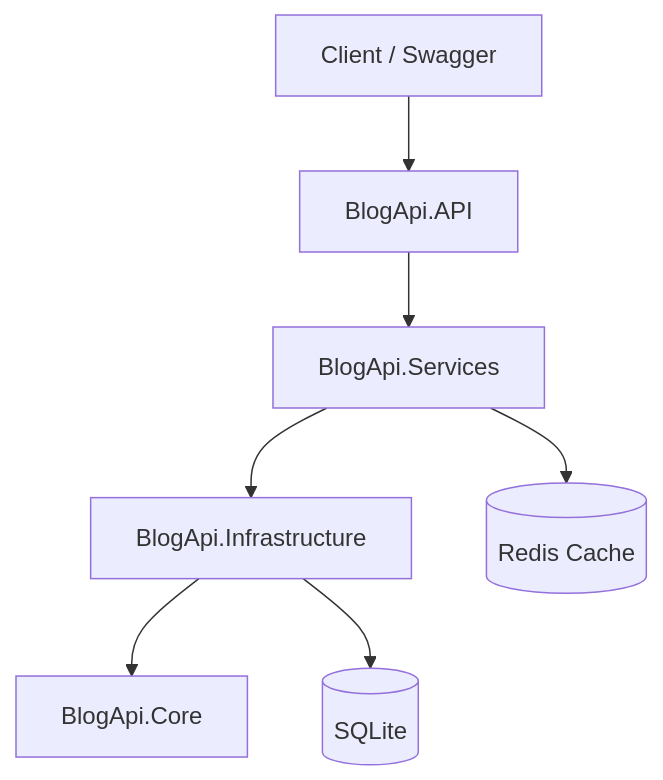
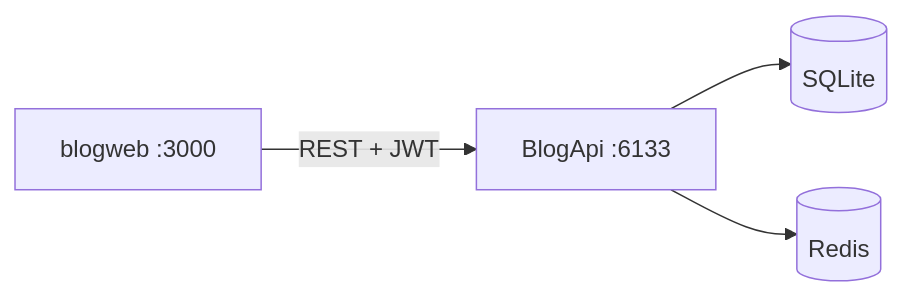
One commit to mrha00/Blog changed the diagram in README.md. Above: the diagram before and after it, drawn with Mermaid. The commit also changed other lines of this file and 46 other files, not shown here.

````diff
--- a/README.md
+++ b/README.md
@@ -20,17 +30,11 @@
 ```mermaid
-flowchart TB
-    Client[Client / Swagger]
-    API[BlogApi.API]
-    SVC[BlogApi.Services]
-    INF[BlogApi.Infrastructure]
-    CORE[BlogApi.Core]
+flowchart LR
+    Web[blogweb :3000]
+    API[BlogApi :6133]
     DB[(SQLite)]
-    Redis[(Redis Cache)]
+    Redis[(Redis)]
 
-    Client --> API
-    API --> SVC
-    SVC --> INF
-    INF --> CORE
-    INF --> DB
-    SVC --> Redis
+    Web -->|REST + JWT| API
+    API --> DB
+    API --> Redis
 ```
````
